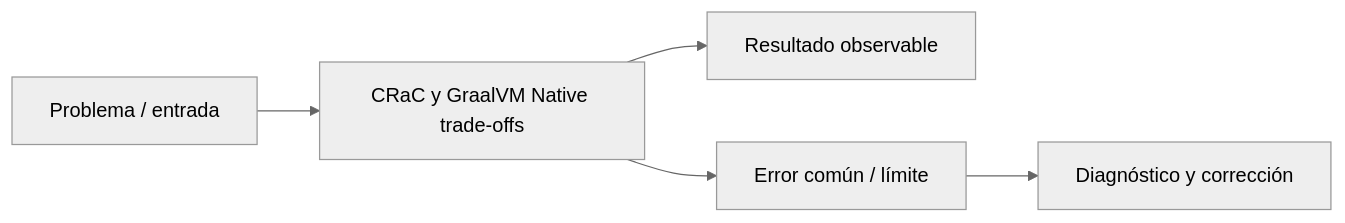
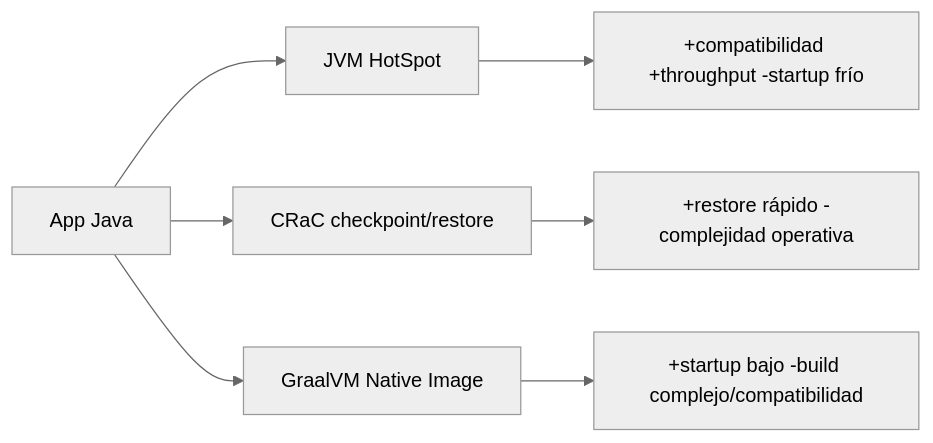
The diagram in docs/cursos/springboot-microservicios-desde-cero/fichas/m01-l09-crac-y-graalvm-native-trade-offs.md (NICORUIZ93/The_Imperial_Book), drawn with Mermaid (neutral theme) before and after one commit. The commit also changed other lines of this file and 119 other files, not shown here.

````diff
--- a/docs/cursos/springboot-microservicios-desde-cero/fichas/m01-l09-crac-y-graalvm-native-trade-offs.md
+++ b/docs/cursos/springboot-microservicios-desde-cero/fichas/m01-l09-crac-y-graalvm-native-trade-offs.md
@@ -19,7 +27,9 @@
 ```mermaid
 flowchart LR
-  A[Problema / entrada] --> B[CRaC y GraalVM Native trade-offs]
-  B --> C[Resultado observable]
-  B --> D[Error común / límite]
-  D --> E[Diagnóstico y corrección]
+  A[App Java] --> JVM[JVM HotSpot]
+  A --> CR[CRaC checkpoint/restore]
+  A --> N[GraalVM Native Image]
+  JVM --> J1[+compatibilidad +throughput -startup frío]
+  CR --> C1[+restore rápido -complejidad operativa]
+  N --> N1[+startup bajo -build complejo/compatibilidad]
 ```
````
